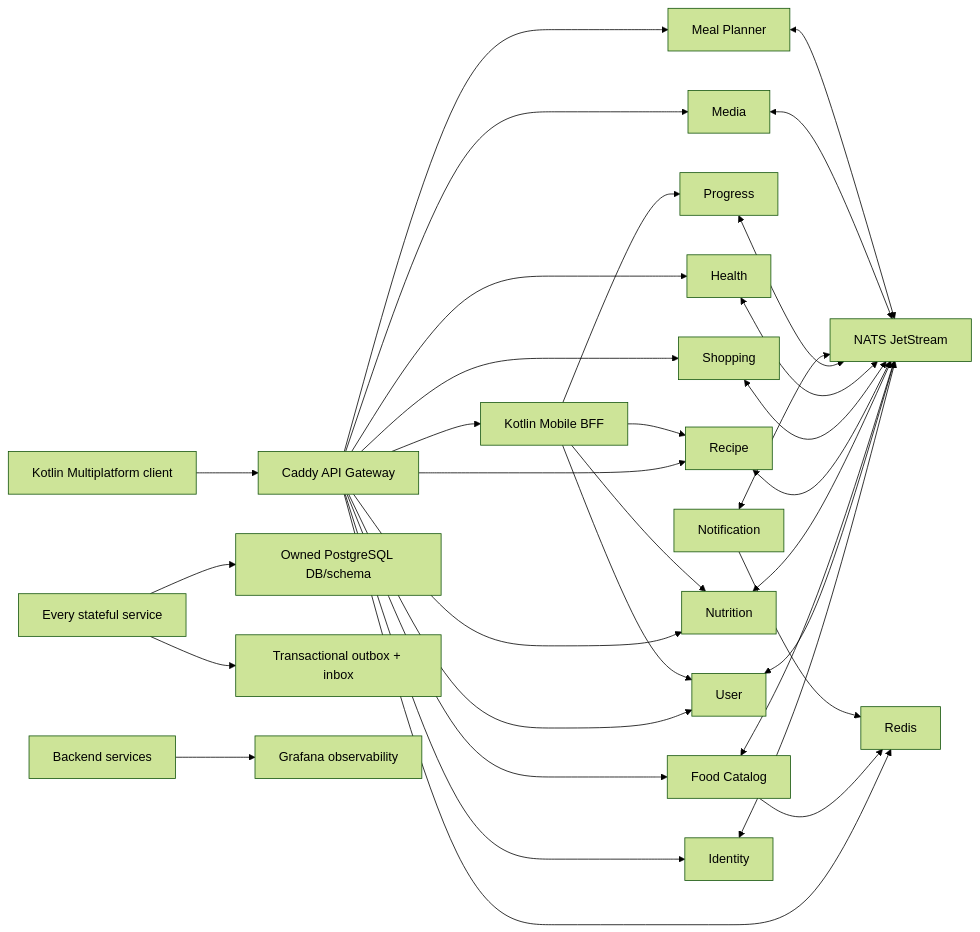
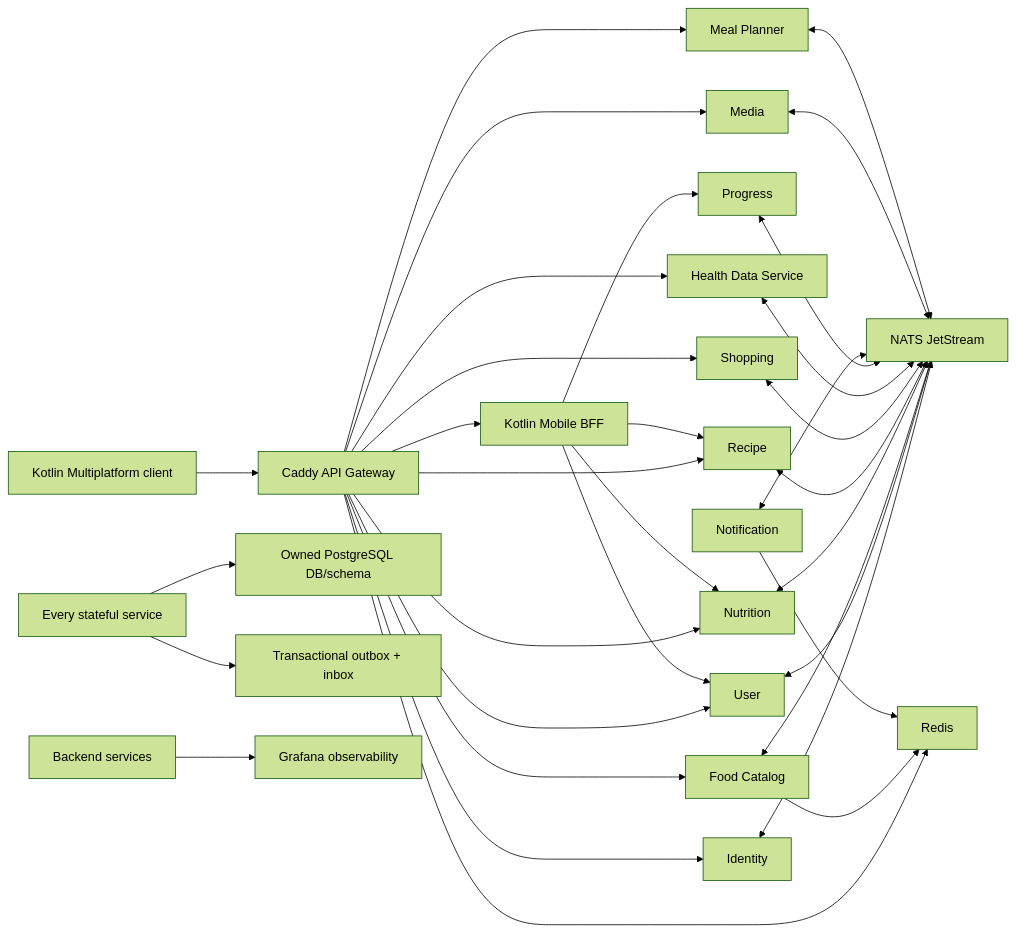
The diagram in docs/architecture/overview.md (COOKieProjectTeam/cookie), drawn with Mermaid (forest theme) before and after one commit. The commit also changed other lines of this file and 14 other files, not shown here.

````diff
--- a/docs/architecture/overview.md
+++ b/docs/architecture/overview.md
@@ -8,39 +8,39 @@
 ```mermaid
 flowchart LR
     Client["Kotlin Multiplatform client"] --> Gateway["Caddy API Gateway"]
     Gateway --> BFF["Kotlin Mobile BFF"]
     Gateway --> Identity
     Gateway --> User
     Gateway --> FoodCatalog["Food Catalog"]
     Gateway --> Nutrition
     Gateway --> Recipe
     Gateway --> Shopping
-    Gateway --> Health
+    Gateway --> HealthData["Health Data Service"]
     Gateway --> Media
     Gateway --> MealPlanner["Meal Planner"]
 
     BFF --> User
     BFF --> Nutrition
     BFF --> Recipe
     BFF --> Progress
 
     Identity <--> Bus["NATS JetStream"]
     User <--> Bus
     FoodCatalog <--> Bus
     Nutrition <--> Bus
     Recipe <--> Bus
     Shopping <--> Bus
-    Health <--> Bus
+    HealthData <--> Bus
     Progress <--> Bus
     Notification <--> Bus
     Media <--> Bus
     MealPlanner <--> Bus
 
     DomainServices["Every stateful service"] --> PG["Owned PostgreSQL DB/schema"]
     DomainServices --> Pattern["Transactional outbox + inbox"]
 
     Gateway --> Redis
     FoodCatalog --> Redis
     Notification --> Redis
     Services["Backend services"] --> Grafana["Grafana observability"]
 ```
````
